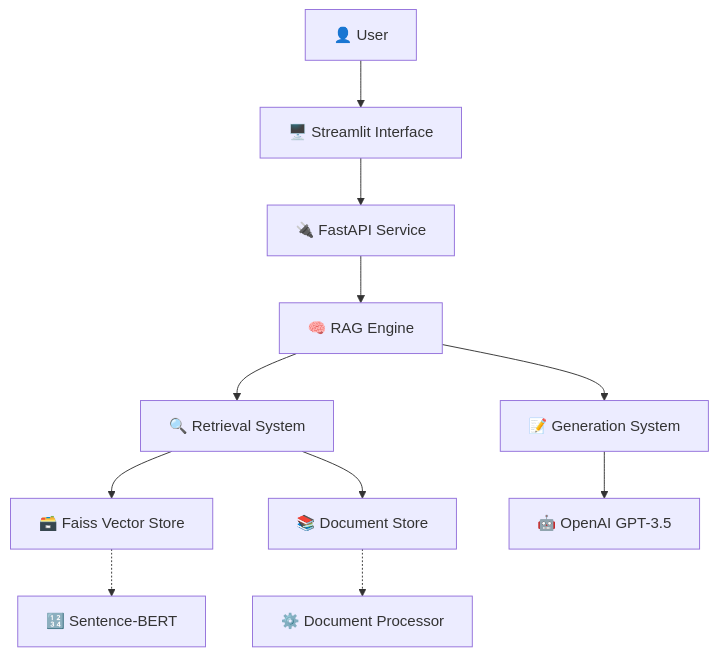
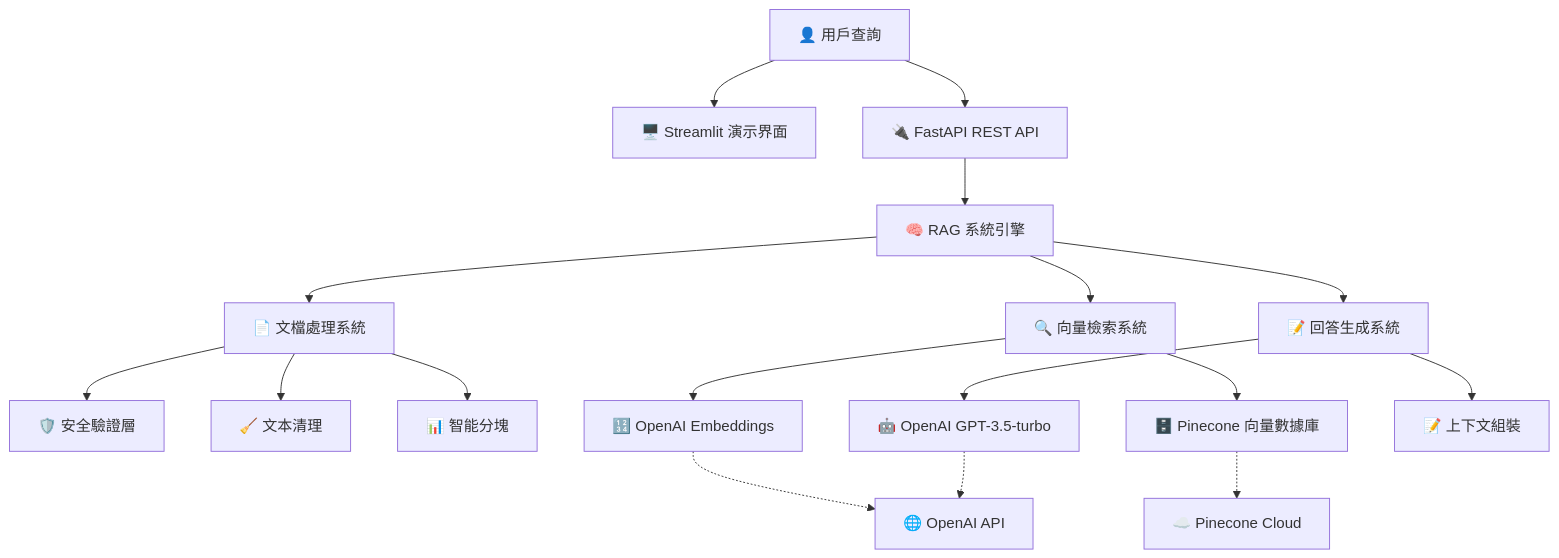
Before and after one commit to yenhunghuang/rag-insurance-chatbot: the diagram in docs/architecture.md, drawn with Mermaid. The commit also changed other lines of this file and 43 other files, not shown here.

````diff
--- a/docs/architecture.md
+++ b/docs/architecture.md
@@ -17,17 +18,25 @@
 ```mermaid
 graph TB
-    User[👤 User] --> UI[🖥️ Streamlit Interface]
-    UI --> API[🔌 FastAPI Service]
-    API --> RAG[🧠 RAG Engine]
+    User[👤 用戶查詢] --> UI[🖥️ Streamlit 演示界面]
+    User --> API[🔌 FastAPI REST API]
     
-    RAG --> Retrieval[🔍 Retrieval System]
-    RAG --> Generation[📝 Generation System]
+    API --> RAG[🧠 RAG 系統引擎]
     
-    Retrieval --> VectorDB[🗃️ Faiss Vector Store]
-    Retrieval --> DocStore[📚 Document Store]
+    RAG --> DocProc[📄 文檔處理系統]
+    RAG --> Retrieval[🔍 向量檢索系統] 
+    RAG --> Generation[📝 回答生成系統]
     
-    Generation --> LLM[🤖 OpenAI GPT-3.5]
+    DocProc --> Security[🛡️ 安全驗證層]
+    DocProc --> TextClean[🧹 文本清理]
+    DocProc --> Chunking[📊 智能分塊]
     
-    VectorDB -.-> Embeddings[🔢 Sentence-BERT]
-    DocStore -.-> Processing[⚙️ Document Processor]
+    Retrieval --> Embedding[🔢 OpenAI Embeddings]
+    Retrieval --> PineconeDB[🗄️ Pinecone 向量數據庫]
+    
+    Generation --> GPT[🤖 OpenAI GPT-3.5-turbo]
+    Generation --> Context[📝 上下文組裝]
+    
+    Embedding -.-> OpenAIAPI[🌐 OpenAI API]
+    GPT -.-> OpenAIAPI
+    PineconeDB -.-> PineconeCloud[☁️ Pinecone Cloud]
 ```
````
